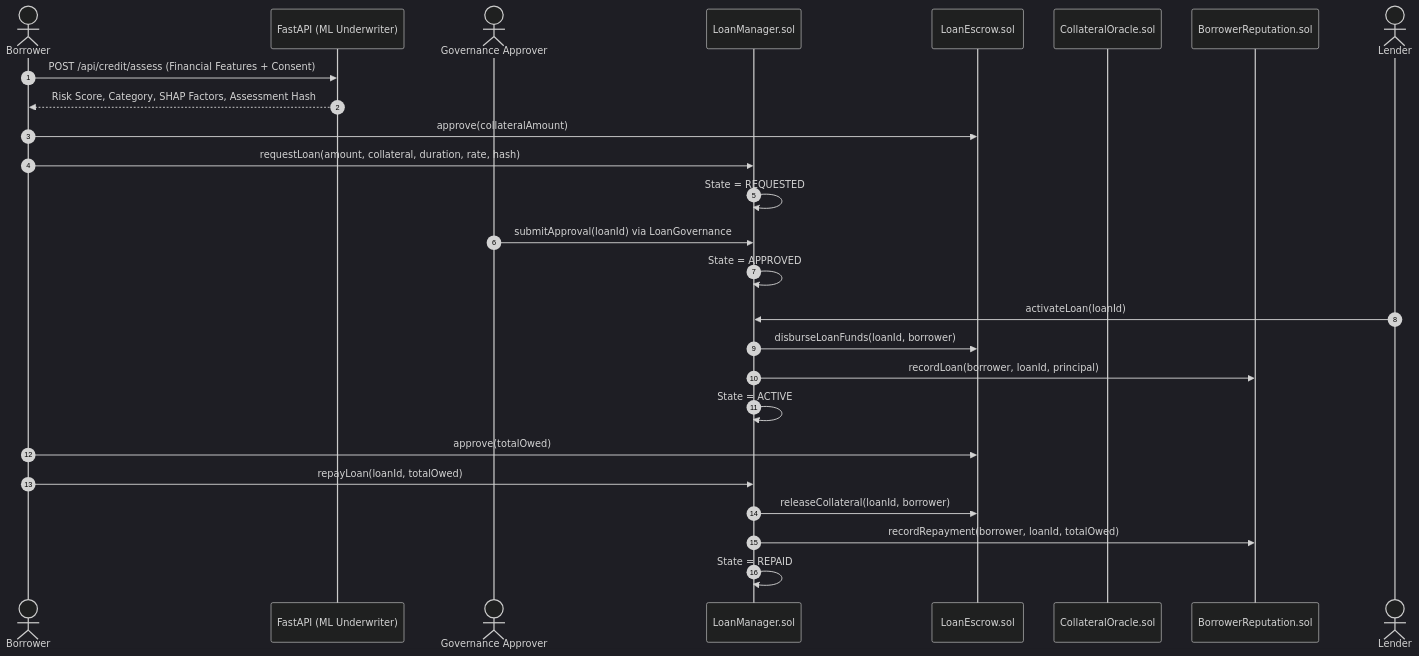
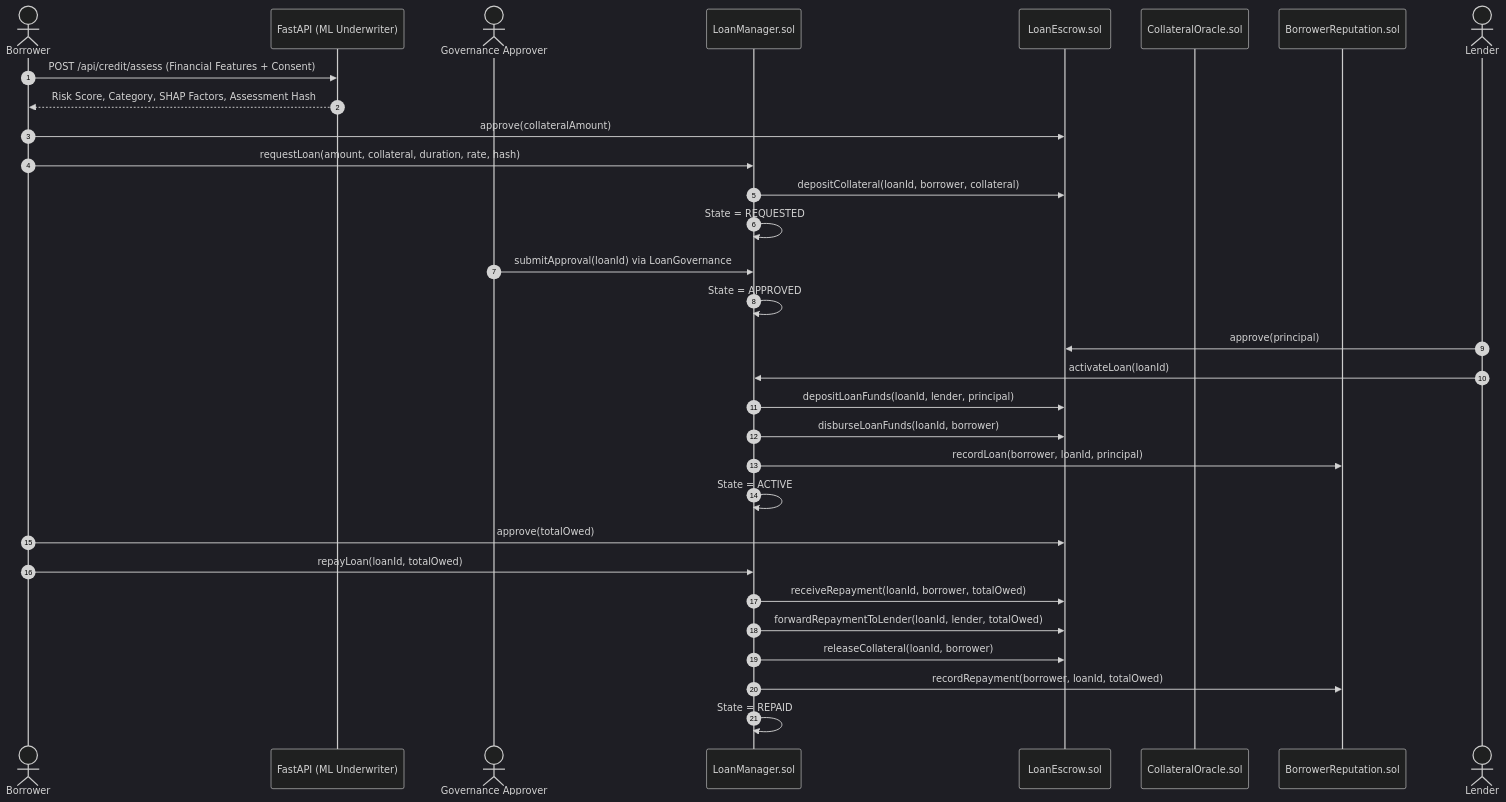
One commit to Charis-E-Shiny/CredChain changed the diagram in docs/architecture.md. Above: the diagram before and after it, drawn with Mermaid (dark theme). The commit also changed 10 other files, not shown here.

````diff
--- a/docs/architecture.md
+++ b/docs/architecture.md
@@ -68,29 +68,34 @@
 ```mermaid
 sequenceDiagram
     autonumber
     actor Borrower
     participant API as FastAPI (ML Underwriter)
     actor Approver as Governance Approver
     participant LM as LoanManager.sol
     participant LE as LoanEscrow.sol
     participant CO as CollateralOracle.sol
     participant BR as BorrowerReputation.sol
     actor Lender
 
     Borrower->>API: POST /api/credit/assess (Financial Features + Consent)
     API-->>Borrower: Risk Score, Category, SHAP Factors, Assessment Hash
     Borrower->>LE: approve(collateralAmount)
     Borrower->>LM: requestLoan(amount, collateral, duration, rate, hash)
+    LM->>LE: depositCollateral(loanId, borrower, collateral)
     LM->>LM: State = REQUESTED
     Approver->>LM: submitApproval(loanId) via LoanGovernance
     LM->>LM: State = APPROVED
+    Lender->>LE: approve(principal)
     Lender->>LM: activateLoan(loanId)
+    LM->>LE: depositLoanFunds(loanId, lender, principal)
     LM->>LE: disburseLoanFunds(loanId, borrower)
     LM->>BR: recordLoan(borrower, loanId, principal)
     LM->>LM: State = ACTIVE
     Borrower->>LE: approve(totalOwed)
     Borrower->>LM: repayLoan(loanId, totalOwed)
+    LM->>LE: receiveRepayment(loanId, borrower, totalOwed)
+    LM->>LE: forwardRepaymentToLender(loanId, lender, totalOwed)
     LM->>LE: releaseCollateral(loanId, borrower)
     LM->>BR: recordRepayment(borrower, loanId, totalOwed)
     LM->>LM: State = REPAID
 ```
````
